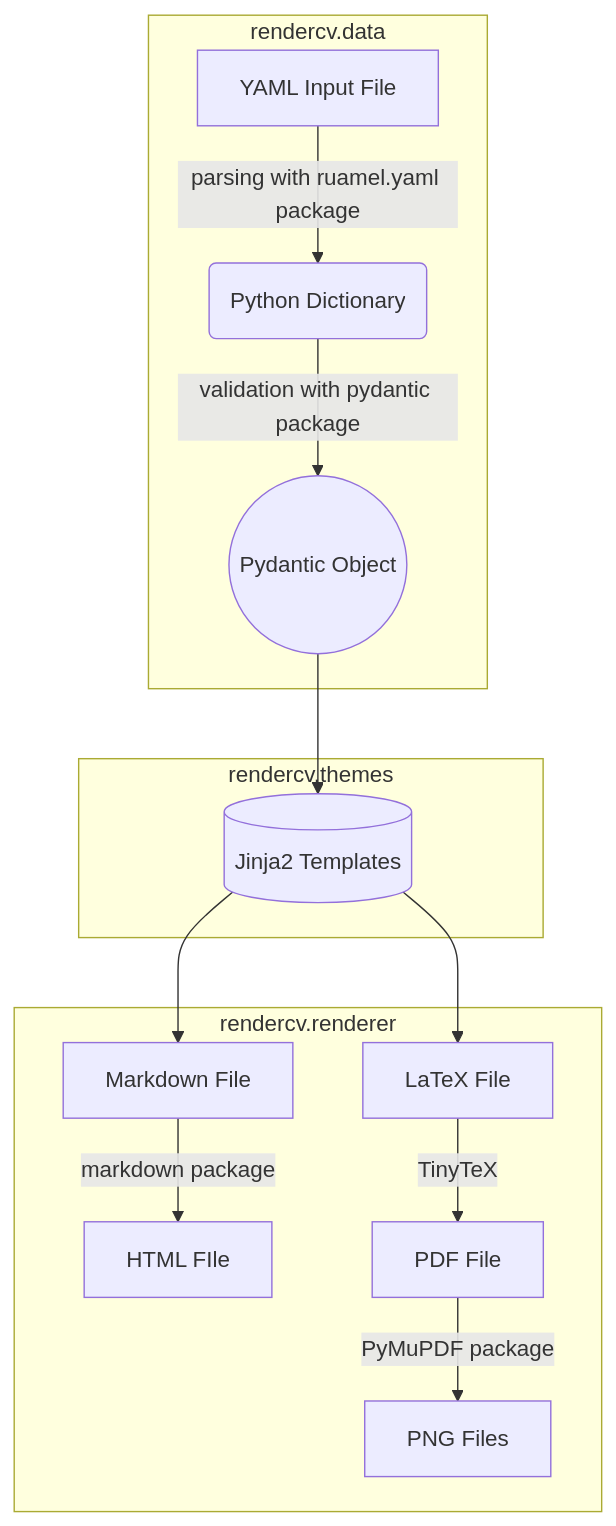
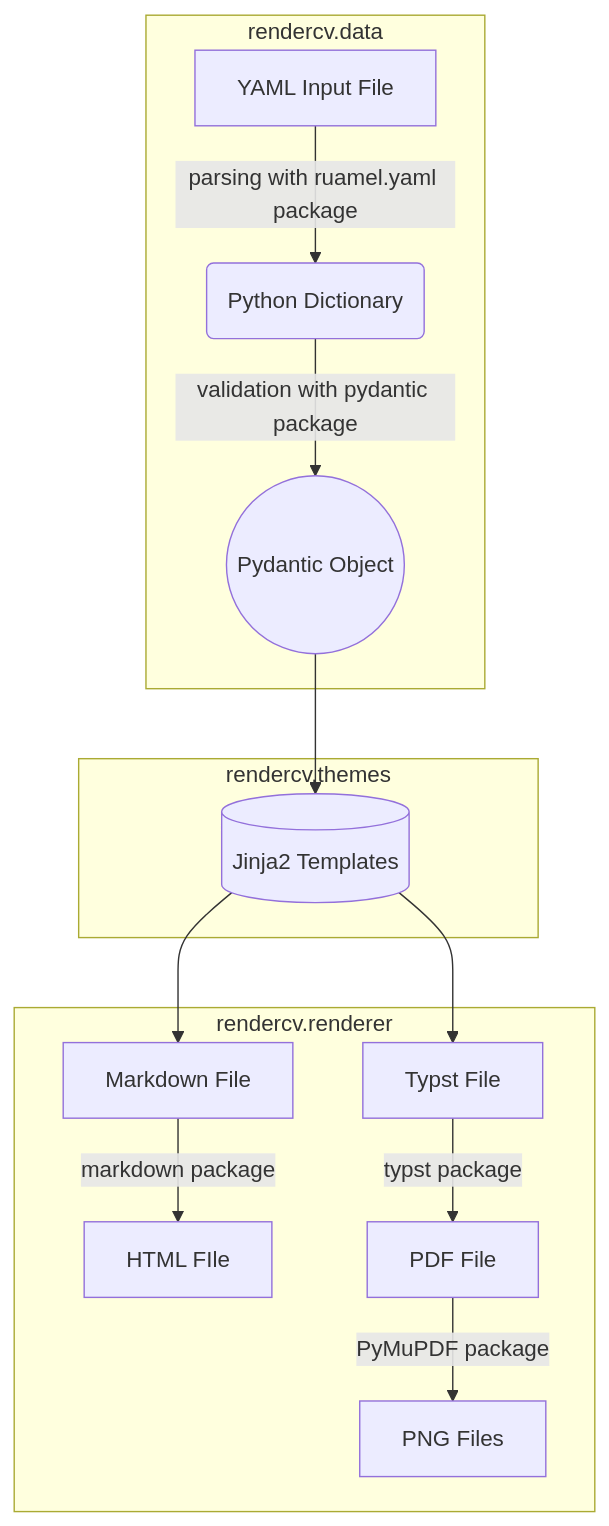
One commit to sinaatalay/RenderCV changed the diagram in docs/reference/index.md. Above: the diagram before and after it, drawn with Mermaid. The commit also changed other lines of this file and 85 other files, not shown here.

````diff
--- a/docs/reference/index.md
+++ b/docs/reference/index.md
@@ -12,17 +12,17 @@
 ```mermaid
 flowchart TD
     subgraph rendercv.data
     A[YAML Input File] --parsing with ruamel.yaml package--> B(Python Dictionary)
     B --validation with pydantic package--> C((Pydantic Object))
     end
     subgraph rendercv.themes
     C --> AA[(Jinja2 Templates)]
     end
     AA --> D
     AA --> E
     subgraph rendercv.renderer
     E[Markdown File] --markdown package--> K[HTML FIle]
-    D[LaTeX File] --TinyTeX--> L[PDF File]
+    D[Typst File] --typst package--> L[PDF File]
     L --PyMuPDF package--> Z[PNG Files]
     end
 ```
````
